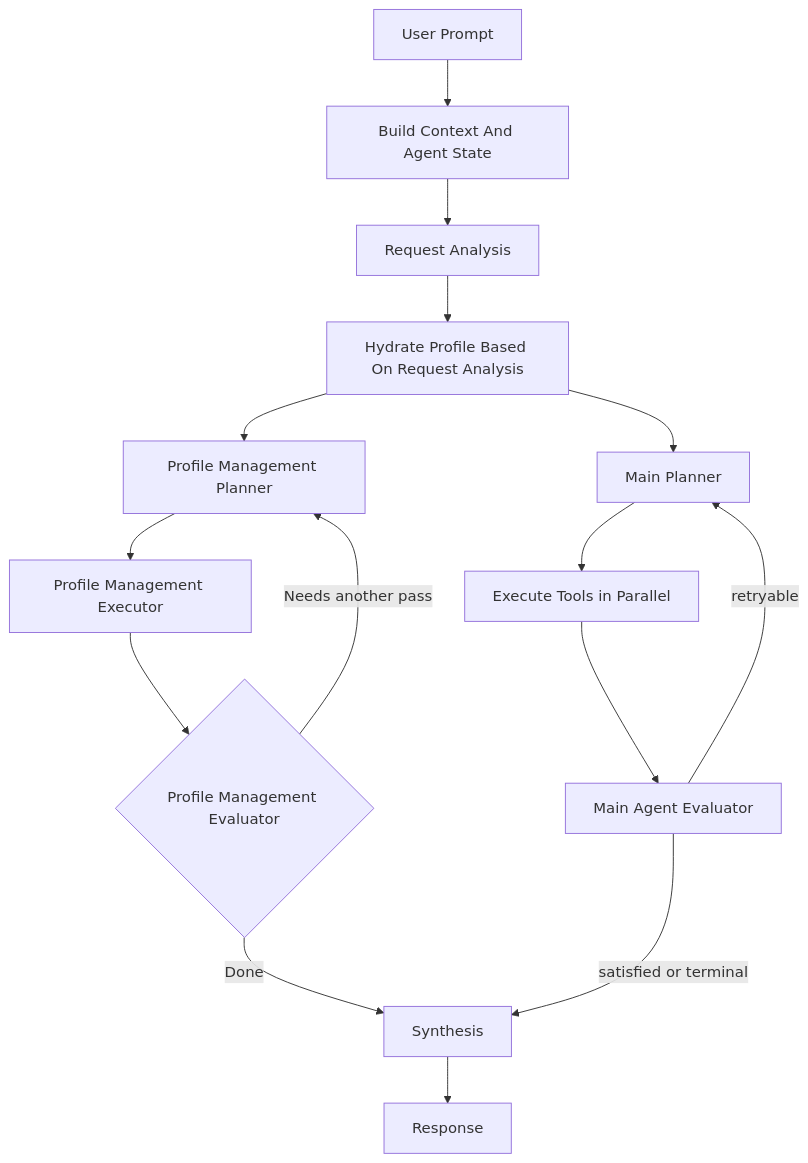
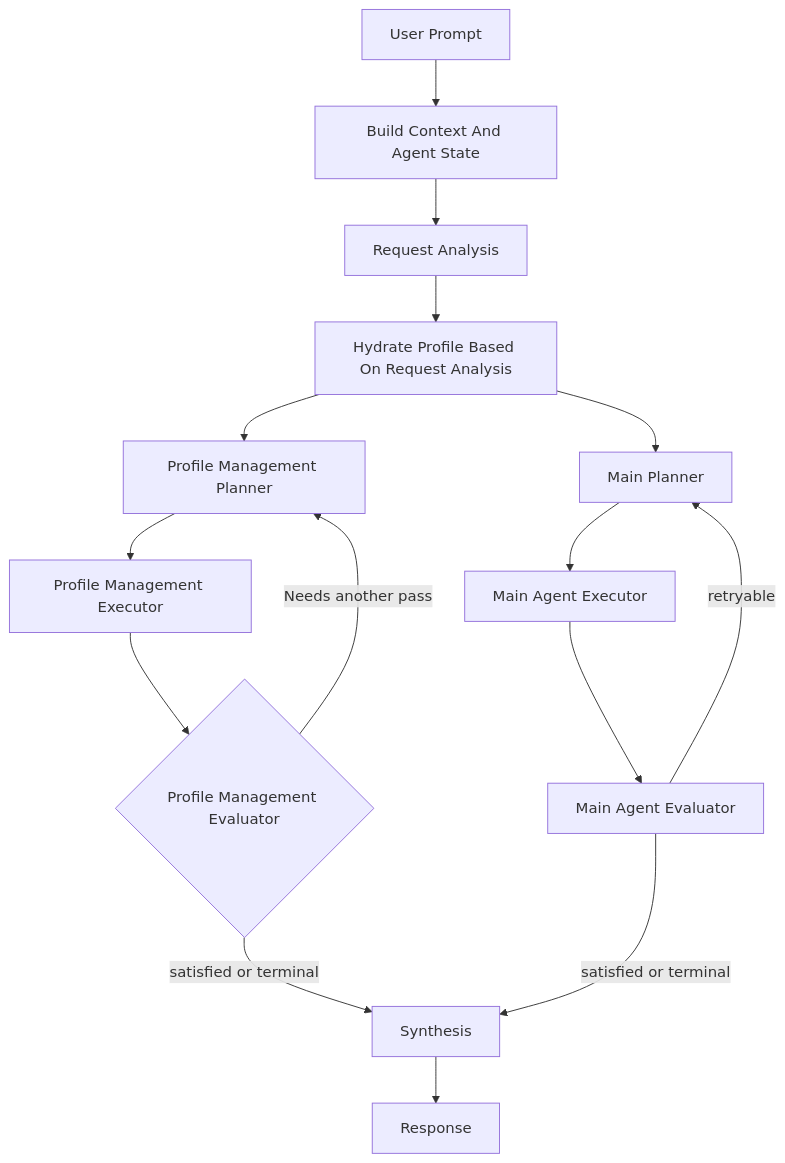
Before and after one commit to mikeshutov/llm_poc: the diagram in README.md, drawn with Mermaid. The commit also changed other lines of this file and 2 other files, not shown here.

````diff
--- a/README.md
+++ b/README.md
@@ -37,17 +37,17 @@
 ```mermaid
 flowchart TD
     A[User Prompt] --> B[Build Context And Agent State]
     B --> C[Request Analysis]
     C --> D[Hydrate Profile Based On Request Analysis]
     D --> P1[Main Planner]
     D --> PMP[Profile Management Planner]
     PMP --> PMX[Profile Management Executor]
     PMX --> PMV{Profile Management Evaluator}
     PMV -->|Needs another pass| PMP
-    PMV -->|Done| S[Synthesis]
-    P1 --> X[Execute Tools in Parallel]
+    PMV -->|satisfied or terminal| S[Synthesis]
+    P1 --> X[Main Agent Executor]
     X --> EV[Main Agent Evaluator]
     EV -->|satisfied or terminal| S
     EV -->|retryable| P1
     S --> L[Response]
 ```
````
